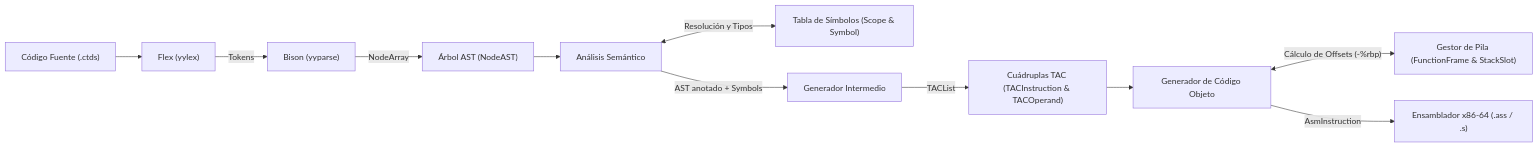
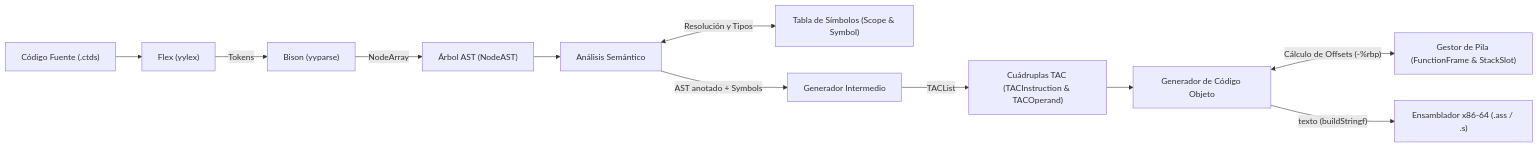
The first of 6 diagrams in documentacion/wiki/01-overview.md (julivarea/compiler), drawn with Mermaid before and after one commit. The commit also changed other lines of this file and 28 other files, not shown here.

````diff
--- a/documentacion/wiki/01-overview.md
+++ b/documentacion/wiki/01-overview.md
@@ -28,13 +28,13 @@
 ```mermaid
 flowchart LR
     SRC["Código Fuente (.ctds)"] --> LEX["Flex (yylex)"]
     LEX -->|"Tokens"| PARSE["Bison (yyparse)"]
     PARSE -->|"NodeArray"| AST_NODE["Árbol AST (NodeAST)"]
     AST_NODE --> SEM["Análisis Semántico"]
     SEM <-->|"Resolución y Tipos"| SYMB["Tabla de Símbolos (Scope & Symbol)"]
     SEM -->|"AST anotado + Symbols"| TAC_GEN["Generador Intermedio"]
     TAC_GEN -->|"TACList"| TAC_INST["Cuádruplas TAC (TACInstruction & TACOperand)"]
     TAC_INST --> ASM_GEN["Generador de Código Objeto"]
     ASM_GEN <-->|"Cálculo de Offsets (-%rbp)"| FRAME["Gestor de Pila (FunctionFrame & StackSlot)"]
-    ASM_GEN -->|"AsmInstruction"| ASM_OUT["Ensamblador x86-64 (.ass / .s)"]
+    ASM_GEN -->|"texto (buildStringf)"| ASM_OUT["Ensamblador x86-64 (.ass / .s)"]
 ```
````
